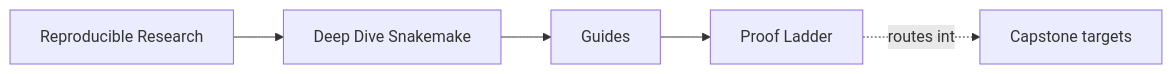
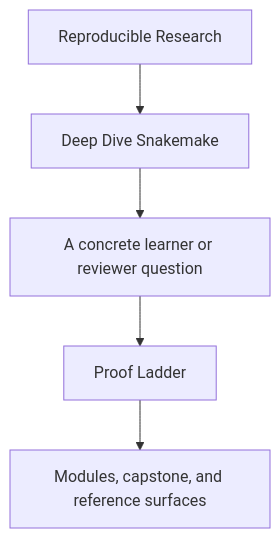
One commit to bijux/bijux-masterclass changed the first of 2 diagrams in programs/reproducible-research/deep-dive-snakemake/course-book/guides/proof-ladder.md. Above: the diagram before and after it, drawn with Mermaid. The commit also changed other lines of this file and 29 other files, not shown here.

Commit message:
docs(deep-dive-snakemake): sharpen guide and reference diagrams

````diff
--- a/programs/reproducible-research/deep-dive-snakemake/course-book/guides/proof-ladder.md
+++ b/programs/reproducible-research/deep-dive-snakemake/course-book/guides/proof-ladder.md
@@ -9,11 +9,7 @@
 ```mermaid
-graph LR
-  family["Reproducible Research"]
-  program["Deep Dive Snakemake"]
-  section["Guides"]
-  page["Proof Ladder"]
-  capstone["Capstone targets"]
-
-  family --> program --> section --> page
-  page -.routes into.-> capstone
+flowchart TD
+  family["Reproducible Research"] --> program["Deep Dive Snakemake"]
+  program --> pressure["A concrete learner or reviewer question"]
+  pressure --> guide["Proof Ladder"]
+  guide --> next["Modules, capstone, and reference surfaces"]
 ```
````
